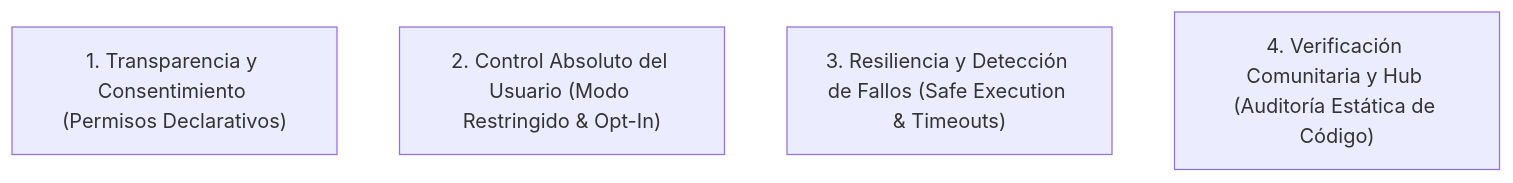
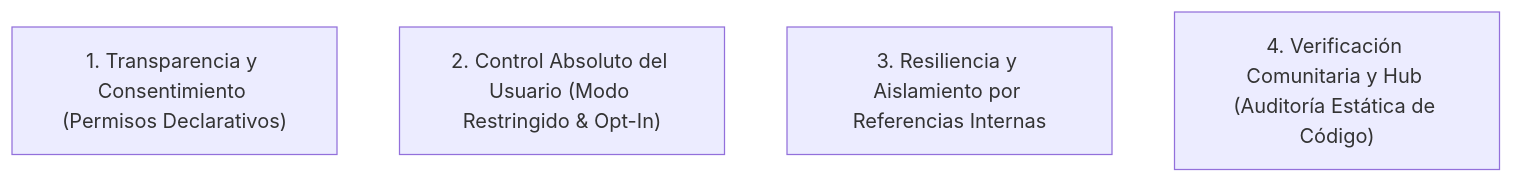
One commit to daidarzzz/indexlydesktop changed the diagram in docs/plugin-api/security-posture.md. Above: the diagram before and after it, drawn with Mermaid. The commit also changed other lines of this file and 7 other files, not shown here.

````diff
--- a/docs/plugin-api/security-posture.md
+++ b/docs/plugin-api/security-posture.md
@@ -19,7 +19,7 @@
 ```mermaid
 graph TD
     P1["1. Transparencia y Consentimiento (Permisos Declarativos)"]
     P2["2. Control Absoluto del Usuario (Modo Restringido & Opt-In)"]
-    P3["3. Resiliencia y Detección de Fallos (Safe Execution & Timeouts)"]
+    P3["3. Resiliencia y Aislamiento por Referencias Internas"]
     P4["4. Verificación Comunitaria y Hub (Auditoría Estática de Código)"]
 ```
````
